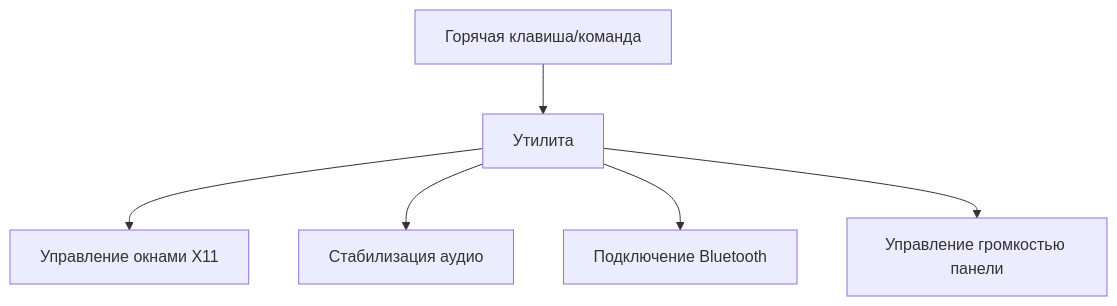
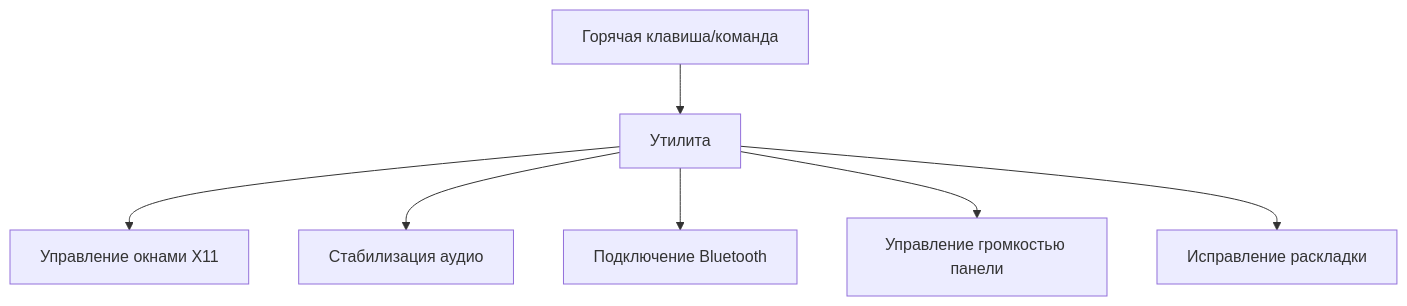
Before and after one commit to DenisArger/DeskPulse: the second of 2 diagrams in README.md, drawn with Mermaid. The commit also changed other lines of this file and 3 other files, not shown here.

````diff
--- a/README.md
+++ b/README.md
@@ -62,8 +76,9 @@
 ```mermaid
 flowchart TD
   A[Горячая клавиша/команда] --> B[Утилита]
   B --> C[Управление окнами X11]
   B --> D[Стабилизация аудио]
   B --> E[Подключение Bluetooth]
   B --> F[Управление громкостью панели]
+  B --> G[Исправление раскладки]
 ```
````
